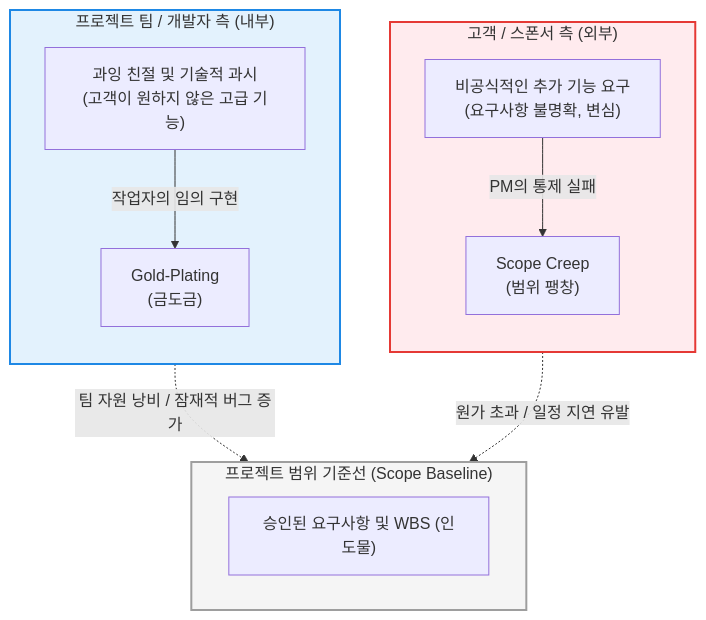
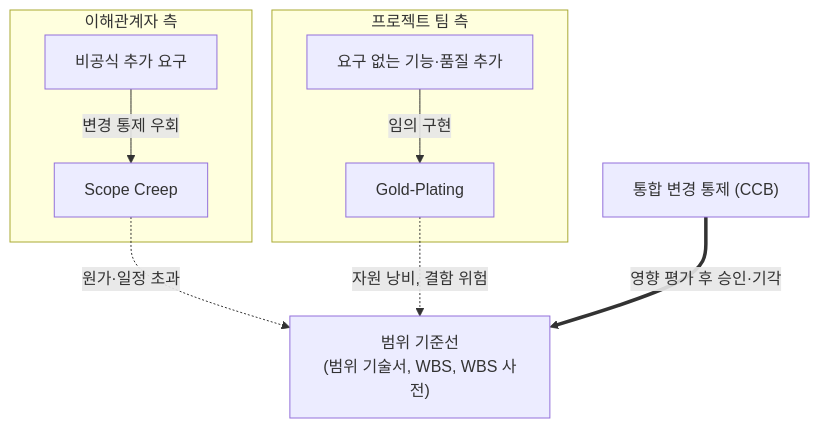
One commit to supremethumb/supremethumb.github.io changed the diagram in content/01_IT Tech/Scope Creep vs Gold-Plating.md. Above: the diagram before and after it, drawn with Mermaid. The commit also changed other lines of this file and 1087 other files, not shown here.

````diff
--- a/content/01_IT Tech/Scope Creep vs Gold-Plating.md
+++ b/content/01_IT Tech/Scope Creep vs Gold-Plating.md
@@ -24,26 +38,13 @@
 ```mermaid
 flowchart TD
-    subgraph Scope_Baseline ["프로젝트 범위 기준선 (Scope Baseline)"]
-        Req["승인된 요구사항 및 WBS (인도물)"]
+    BL["범위 기준선<br/>(범위 기술서, WBS, WBS 사전)"]
+    subgraph Ext ["이해관계자 측"]
+        R1["비공식 추가 요구"] -->|"변경 통제 우회"| SC["Scope Creep"]
     end
-
-    subgraph Client_Side ["고객 / 스폰서 측 (외부)"]
-        direction TB
-        Req_Add["비공식적인 추가 기능 요구<br/>(요구사항 불명확, 변심)"]
-        Req_Add -- "PM의 통제 실패" --> Creep["Scope Creep<br/>(범위 팽창)"]
+    subgraph Int ["프로젝트 팀 측"]
+        R2["요구 없는 기능·품질 추가"] -->|"임의 구현"| GP["Gold-Plating"]
     end
-
-    subgraph Team_Side ["프로젝트 팀 / 개발자 측 (내부)"]
-        direction TB
-        Dev_Add["과잉 친절 및 기술적 과시<br/>(고객이 원하지 않은 고급 기능)"]
-        Dev_Add -- "작업자의 임의 구현" --> Gold["Gold-Plating<br/>(금도금)"]
-    end
-
-    Creep -. "원가 초과 / 일정 지연 유발" .-> Scope_Baseline
-    Gold -. "팀 자원 낭비 / 잠재적 버그 증가" .-> Scope_Baseline
-    
-    style Client_Side fill:#ffebee,stroke:#e53935,stroke-width:2px
-    style Team_Side fill:#e3f2fd,stroke:#1e88e5,stroke-width:2px
-    style Scope_Baseline fill:#f5f5f5,stroke:#9e9e9e,stroke-width:2px
-
+    SC -. "원가·일정 초과" .-> BL
+    GP -. "자원 낭비, 결함 위험" .-> BL
+    CCB["통합 변경 통제 (CCB)"] ==>|"영향 평가 후 승인·기각"| BL
 ```
````
